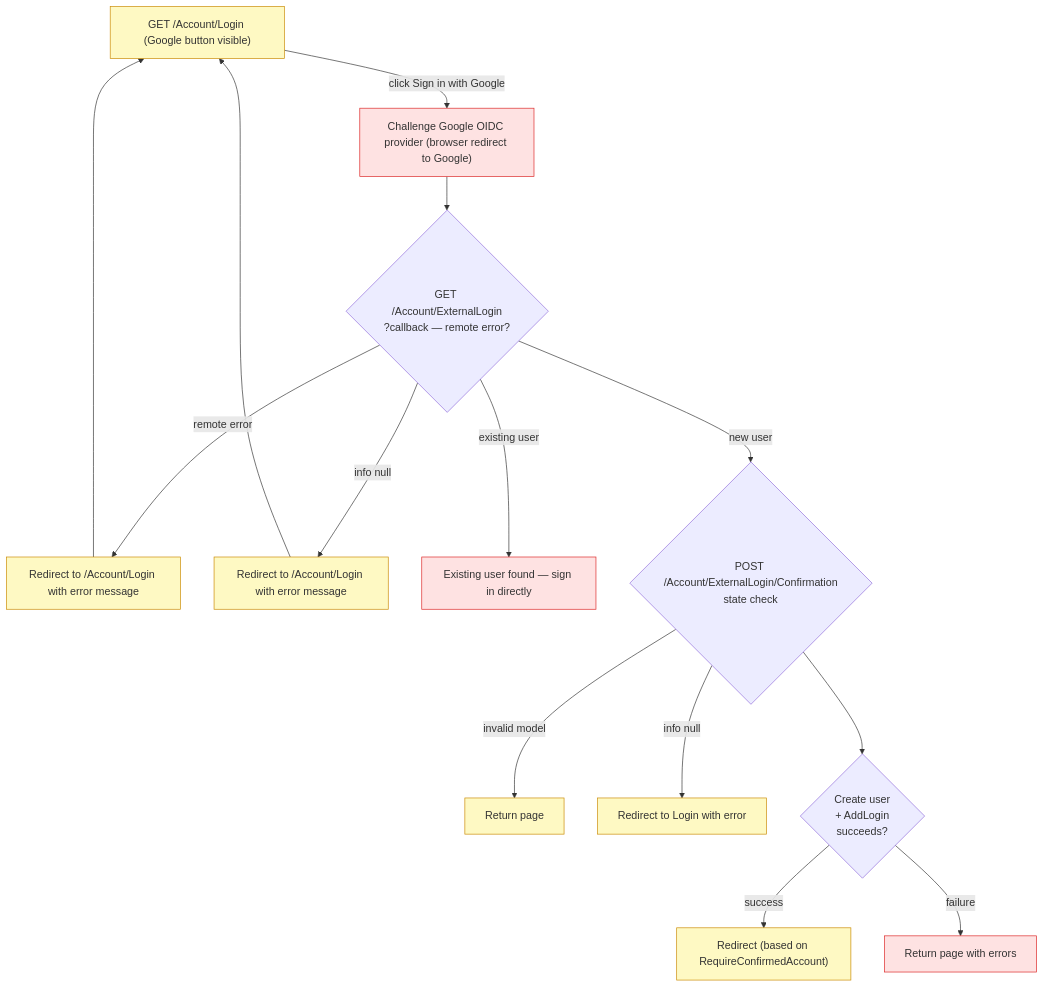
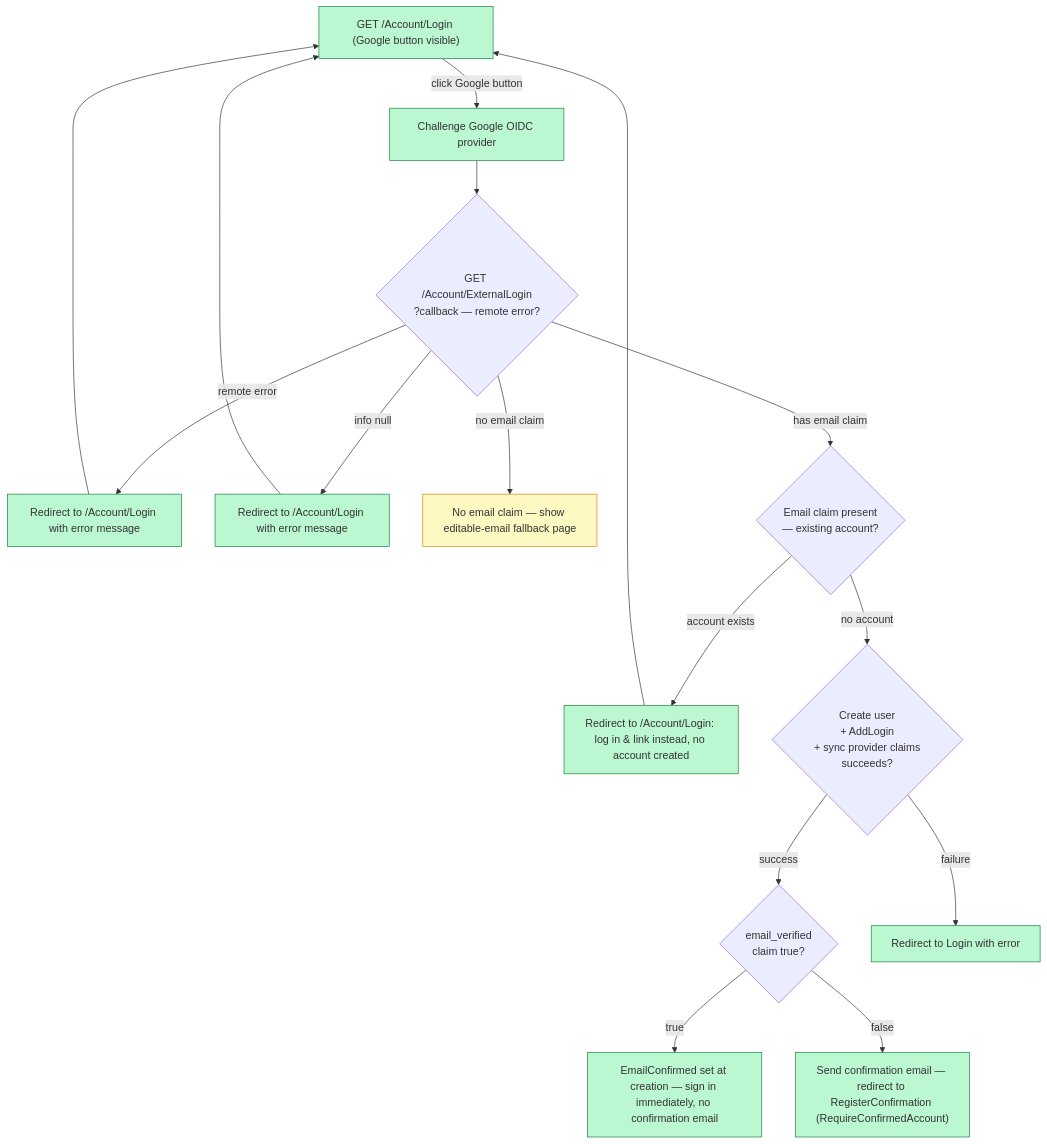
One commit to crgolden/Identity changed the seventh of 16 diagrams in TESTING.md. Above: the diagram before and after it, drawn with Mermaid. The commit also changed other lines of this file and 155 other files, not shown here.

````diff
--- a/TESTING.md
+++ b/TESTING.md
@@ -639,45 +650,48 @@
 ```mermaid
 flowchart TD
     classDef covered fill:#bbf7d0,stroke:#15803d
     classDef unitOnly fill:#fef9c3,stroke:#ca8a04
     classDef partial fill:#fed7aa,stroke:#ea580c
-    classDef noTest fill:#fee2e2,stroke:#dc2626
 
-    LoginPage["GET /Account/Login (Google button visible)"]:::unitOnly
+    LoginPage["GET /Account/Login (Google button visible)"]:::covered
 
-    GoogleChallenge["Challenge Google OIDC provider (browser redirect to Google)"]:::noTest
+    GoogleChallenge["Challenge Google OIDC provider"]:::covered
 
     GoogleCallback{"GET /Account/ExternalLogin\n?callback — remote error?"}
 
-    RemoteError["Redirect to /Account/Login with error message"]:::unitOnly
+    RemoteError["Redirect to /Account/Login with error message"]:::covered
 
-    InfoNull["Redirect to /Account/Login with error message"]:::unitOnly
+    InfoNull["Redirect to /Account/Login with error message"]:::covered
 
-    ExistingUserSignIn["Existing user found — sign in directly"]:::noTest
+    NoEmailClaim["No email claim — show editable-email fallback page"]:::unitOnly
 
-    ConfirmationForm{"POST /Account/ExternalLogin/Confirmation\nstate check"}
+    HasEmailClaim{"Email claim present\n— existing account?"}
 
-    ConfirmModelInvalid["Return page"]:::unitOnly
+    ExistingAccount["Redirect to /Account/Login: log in & link instead, no account created"]:::covered
 
-    ConfirmInfoNull["Redirect to Login with error"]:::unitOnly
+    CreateUser{"Create user\n+ AddLogin\n+ sync provider claims\nsucceeds?"}
 
-    CreateAndAddLogin{"Create user\n+ AddLogin\nsucceeds?"}
+    EmailVerifiedCheck{"email_verified\nclaim true?"}
 
-    ConfirmSuccess["Redirect (based on RequireConfirmedAccount)"]:::unitOnly
+    SignInDirect["EmailConfirmed set at creation — sign in immediately, no confirmation email"]:::covered
 
-    ConfirmFail["Return page with errors"]:::noTest
+    ConfirmFlow["Send confirmation email — redirect to RegisterConfirmation (RequireConfirmedAccount)"]:::covered
 
-    LoginPage -->|"click Sign in with Google"| GoogleChallenge
+    CreateFail["Redirect to Login with error"]:::covered
+
+    LoginPage -->|"click Google button"| GoogleChallenge
     GoogleChallenge --> GoogleCallback
     GoogleCallback -->|"remote error"| RemoteError
     GoogleCallback -->|"info null"| InfoNull
-    GoogleCallback -->|"existing user"| ExistingUserSignIn
-    GoogleCallback -->|"new user"| ConfirmationForm
-    ConfirmationForm -->|"invalid model"| ConfirmModelInvalid
-    ConfirmationForm -->|"info null"| ConfirmInfoNull
-    ConfirmationForm --> CreateAndAddLogin
-    CreateAndAddLogin -->|"success"| ConfirmSuccess
-    CreateAndAddLogin -->|"failure"| ConfirmFail
+    GoogleCallback -->|"no email claim"| NoEmailClaim
+    GoogleCallback -->|"has email claim"| HasEmailClaim
+    HasEmailClaim -->|"account exists"| ExistingAccount
+    HasEmailClaim -->|"no account"| CreateUser
+    CreateUser -->|"failure"| CreateFail
+    CreateUser -->|"success"| EmailVerifiedCheck
+    EmailVerifiedCheck -->|"true"| SignInDirect
+    EmailVerifiedCheck -->|"false"| ConfirmFlow
     RemoteError --> LoginPage
     InfoNull --> LoginPage
+    ExistingAccount --> LoginPage
 ```
````
